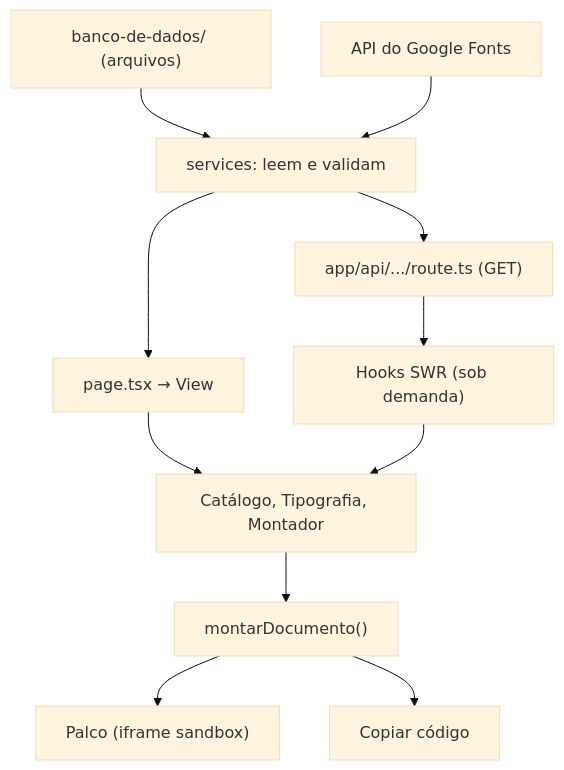
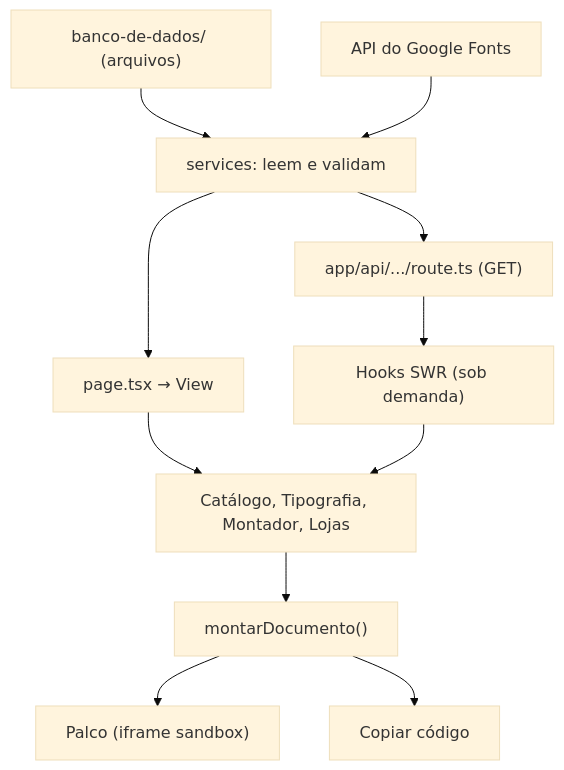
Before and after one commit to dg-2025/animaqui: the diagram in DOCUMENTACAO.md, drawn with Mermaid (base theme). The commit also changed other lines of this file and 48 other files, not shown here.

````diff
--- a/DOCUMENTACAO.md
+++ b/DOCUMENTACAO.md
@@ -438,13 +461,13 @@
 ```mermaid
 flowchart TD
     A["banco-de-dados/ (arquivos)"] --> E["services: leem e validam"]
     GF["API do Google Fonts"] --> E
     E --> F["page.tsx → View"]
     E --> R["app/api/.../route.ts (GET)"]
     R --> G["Hooks SWR (sob demanda)"]
-    F --> H["Catálogo, Tipografia, Montador"]
+    F --> H["Catálogo, Tipografia, Montador, Lojas"]
     G --> H
     H --> I["montarDocumento()"]
     I --> J["Palco (iframe sandbox)"]
     I --> K["Copiar código"]
 ```
````
